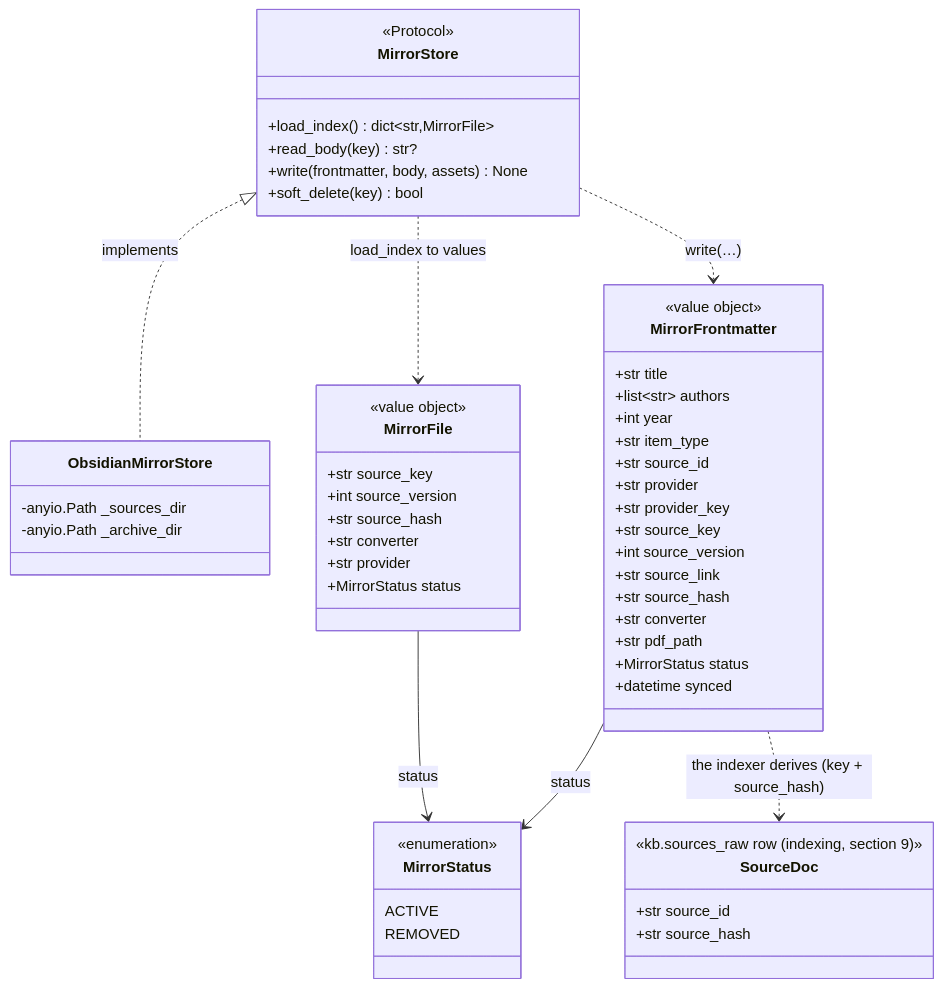
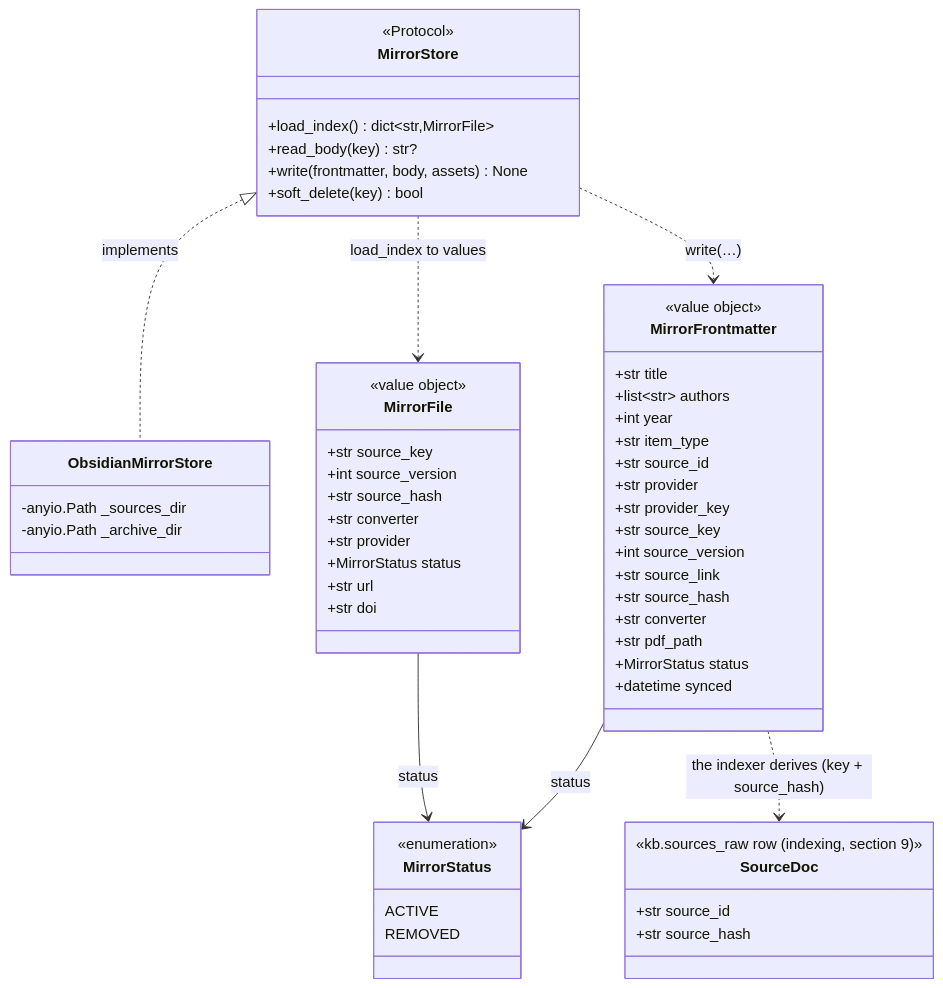
One commit to BucketHeadP65/ai-studio changed the seventh of 25 diagrams in engram/docs/architecture/architecture.md. Above: the diagram before and after it, drawn with Mermaid. The commit also changed other lines of this file and 18 other files, not shown here.

````diff
--- a/engram/docs/architecture/architecture.md
+++ b/engram/docs/architecture/architecture.md
@@ -499,58 +500,60 @@
 ```mermaid
 classDiagram
     class MirrorStore {
         <<Protocol>>
         +load_index() dict~str,MirrorFile~
         +read_body(key) str?
         +write(frontmatter, body, assets) None
         +soft_delete(key) bool
     }
     class ObsidianMirrorStore {
         -anyio.Path _sources_dir
         -anyio.Path _archive_dir
     }
     class MirrorFrontmatter {
         <<value object>>
         +str title
         +list~str~ authors
         +int year
         +str item_type
         +str source_id
         +str provider
         +str provider_key
         +str source_key
         +int source_version
         +str source_link
         +str source_hash
         +str converter
         +str pdf_path
         +MirrorStatus status
         +datetime synced
     }
     class MirrorFile {
         <<value object>>
         +str source_key
         +int source_version
         +str source_hash
         +str converter
         +str provider
         +MirrorStatus status
+        +str url
+        +str doi
     }
     class MirrorStatus {
         <<enumeration>>
         ACTIVE
         REMOVED
     }
     class SourceDoc {
         <<kb.sources_raw row (indexing, section 9)>>
         +str source_id
         +str source_hash
     }
 
     MirrorStore <|.. ObsidianMirrorStore : implements
     MirrorStore ..> MirrorFrontmatter : write(…)
     MirrorStore ..> MirrorFile : load_index to values
     MirrorFrontmatter --> MirrorStatus : status
     MirrorFile --> MirrorStatus : status
     MirrorFrontmatter ..> SourceDoc : the indexer derives (key + source_hash)
 ```
````
